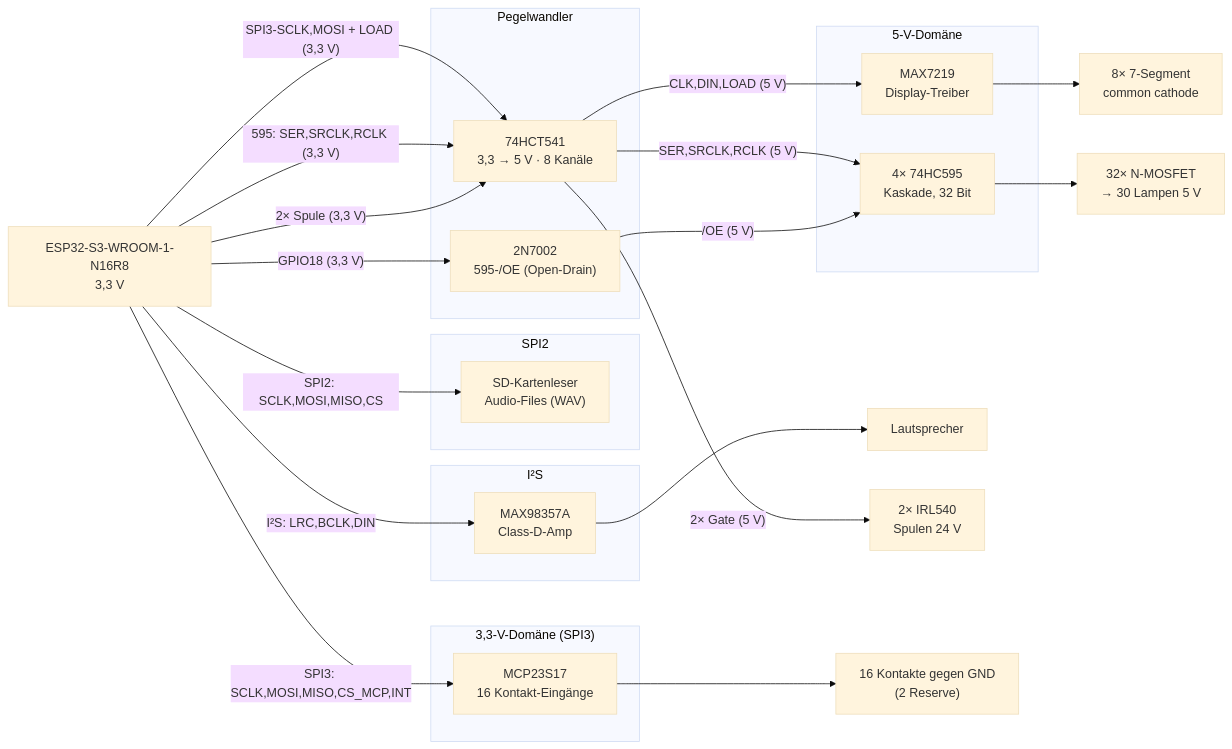
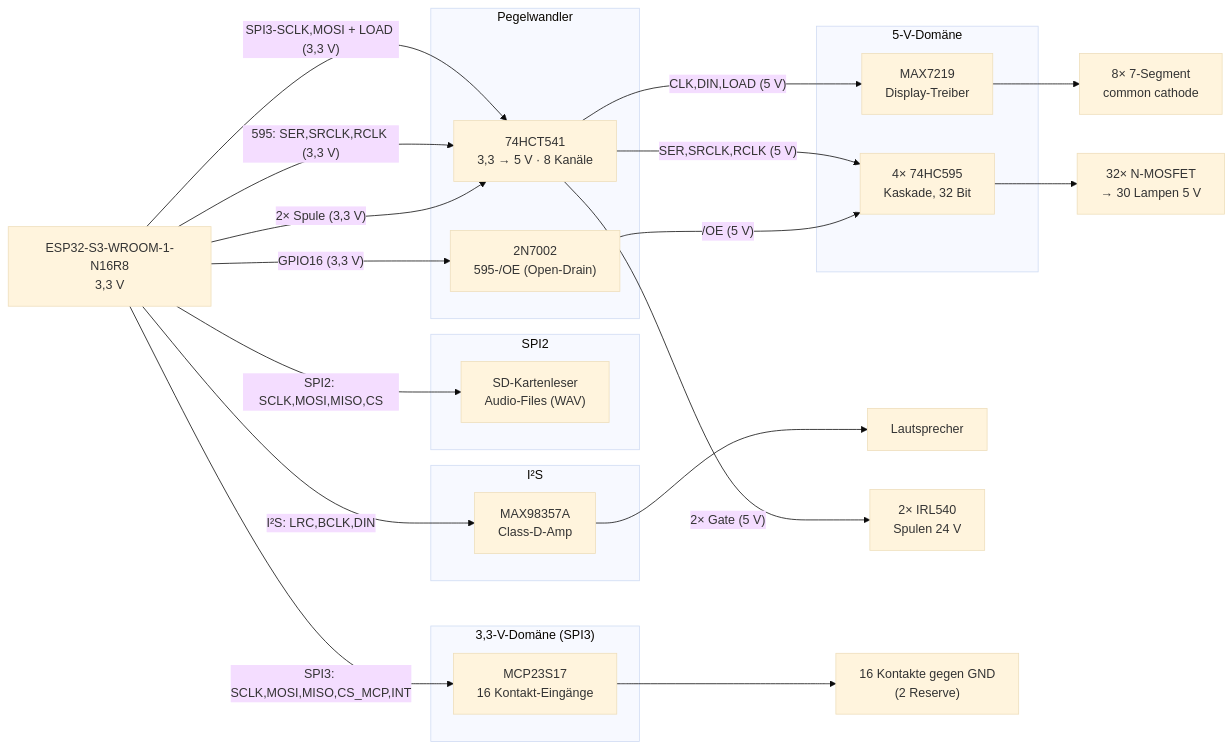
The diagram in Steuerplatine_Doku.md (bontango/kegelautomat), drawn with Mermaid (base theme) before and after one commit. The commit also changed other lines of this file and 2 other files, not shown here.

````diff
--- a/Steuerplatine_Doku.md
+++ b/Steuerplatine_Doku.md
@@ -41,44 +41,44 @@
 ```mermaid
 graph LR
     ESP["ESP32-S3-WROOM-1-N16R8<br/>3,3 V"]
 
     subgraph SPI2["SPI2"]
         SD["SD-Kartenleser<br/>Audio-Files (WAV)"]
     end
 
     subgraph I2S["I²S"]
         AMP["MAX98357A<br/>Class-D-Amp"]
     end
 
     subgraph LV["3,3-V-Domäne (SPI3)"]
         MCP["MCP23S17<br/>16 Kontakt-Eingänge"]
     end
 
     subgraph BUF["Pegelwandler"]
         HCT["74HCT541<br/>3,3 → 5 V · 8 Kanäle"]
         Q["2N7002<br/>595-/OE (Open-Drain)"]
     end
 
     subgraph HV["5-V-Domäne"]
         SR["4× 74HC595<br/>Kaskade, 32 Bit"]
         MAX["MAX7219<br/>Display-Treiber"]
     end
 
     ESP -- "SPI2: SCLK,MOSI,MISO,CS" --> SD
     ESP -- "I²S: LRC,BCLK,DIN" --> AMP
     AMP --> SPK["Lautsprecher"]
     ESP -- "SPI3: SCLK,MOSI,MISO,CS_MCP,INT" --> MCP
     ESP -- "SPI3-SCLK,MOSI + LOAD (3,3 V)" --> HCT
     ESP -- "595: SER,SRCLK,RCLK (3,3 V)" --> HCT
-    ESP -- "GPIO18 (3,3 V)" --> Q
+    ESP -- "GPIO16 (3,3 V)" --> Q
     ESP -- "2× Spule (3,3 V)" --> HCT
 
     HCT -- "CLK,DIN,LOAD (5 V)" --> MAX
     HCT -- "SER,SRCLK,RCLK (5 V)" --> SR
     Q -- "/OE (5 V)" --> SR
     HCT -- "2× Gate (5 V)" --> IRL["2× IRL540<br/>Spulen 24 V"]
 
     SR --> LAMPS["32× N-MOSFET<br/>→ 30 Lampen 5 V"]
     MAX --> DISP["8× 7-Segment<br/>common cathode"]
     MCP --> CONT["16 Kontakte gegen GND<br/>(2 Reserve)"]
 ```
````
